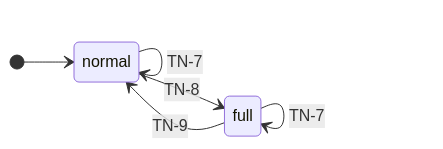
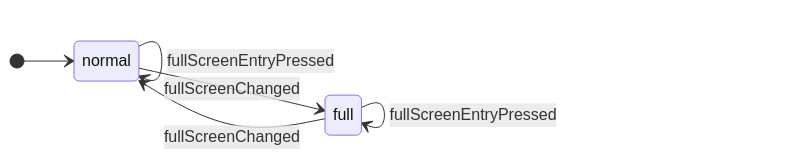
One commit to GoodRelax/gr-scheduler changed the fourth of 14 diagrams in docs/spec/_assets/tbl-state-machines.md. Above: the diagram before and after it, drawn with Mermaid. The commit also changed other lines of this file and 22 other files, not shown here.

````diff
--- a/docs/spec/_assets/tbl-state-machines.md
+++ b/docs/spec/_assets/tbl-state-machines.md
@@ -212,11 +167,11 @@
 ```mermaid
 stateDiagram-v2
     direction LR
-    [*] --> screen_fullScreen_normal
-    screen_fullScreen_normal : normal
-    screen_fullScreen_full : full
-    screen_fullScreen_normal --> screen_fullScreen_normal : TN-7
-    screen_fullScreen_full --> screen_fullScreen_full : TN-7
-    screen_fullScreen_normal --> screen_fullScreen_full : TN-8
-    screen_fullScreen_full --> screen_fullScreen_normal : TN-9
+    [*] --> fullScreenModeStateMachine_normal
+    fullScreenModeStateMachine_normal : normal
+    fullScreenModeStateMachine_full : full
+    fullScreenModeStateMachine_normal --> fullScreenModeStateMachine_normal : fullScreenEntryPressed
+    fullScreenModeStateMachine_full --> fullScreenModeStateMachine_full : fullScreenEntryPressed
+    fullScreenModeStateMachine_normal --> fullScreenModeStateMachine_full : fullScreenChanged
+    fullScreenModeStateMachine_full --> fullScreenModeStateMachine_normal : fullScreenChanged
 ```
````
